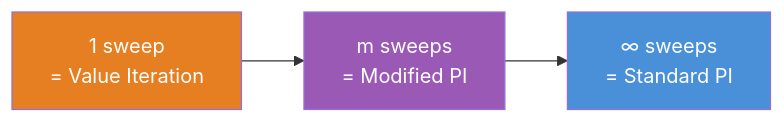
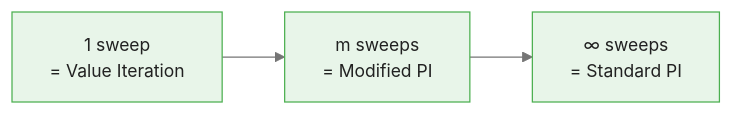
The second of 3 diagrams in courses/reinforcement-learning/modules/module_01_dynamic_programming/guides/02_policy_iteration_slides.md (m-deane/course-creator), drawn with Mermaid before and after one commit. The commit also changed other lines of this file and 131 other files, not shown here.

````diff
--- a/courses/reinforcement-learning/modules/module_01_dynamic_programming/guides/02_policy_iteration_slides.md
+++ b/courses/reinforcement-learning/modules/module_01_dynamic_programming/guides/02_policy_iteration_slides.md
@@ -219,8 +250,6 @@
 ```mermaid
+%%{init: {"theme": "base", "themeVariables": {"primaryColor": "#e8f5e9", "primaryBorderColor": "#4caf50", "primaryTextColor": "#212121", "secondaryColor": "#e3f2fd", "tertiaryColor": "#fff8e1", "lineColor": "#757575", "fontFamily": "Inter, sans-serif", "fontSize": "14px"}}}%%
 flowchart LR
     E1["1 sweep\n= Value Iteration"] --> E2["m sweeps\n= Modified PI"]
     E2 --> Einf["∞ sweeps\n= Standard PI"]
-    style E1 fill:#e67e22,color:#fff
-    style E2 fill:#9b59b6,color:#fff
-    style Einf fill:#4a90d9,color:#fff
 ```
````
